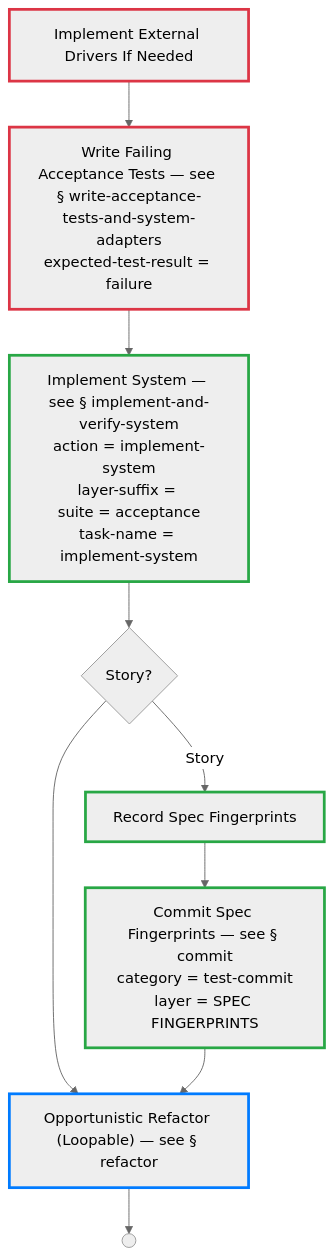
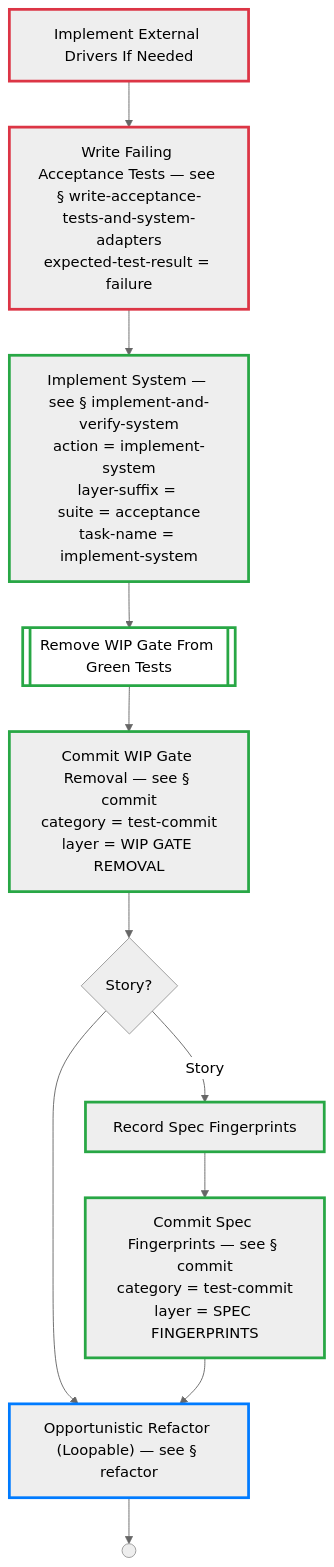
The seventh of 58 diagrams in docs/process-diagram.md (optivem/gh-optivem), drawn with Mermaid (neutral theme) before and after one commit. The commit also changed 2 other files, not shown here.

Commit message:
atdd: regenerate process-flow diagram

````diff
--- a/docs/process-diagram.md
+++ b/docs/process-diagram.md
@@ -171,29 +171,36 @@
 ```mermaid
 flowchart TD
     IMPLEMENT_EXTERNAL_DRIVERS_IF_NEEDED[Implement External Drivers If Needed]
     WRITE_ACCEPTANCE_TESTS_AND_SYSTEM_ADAPTERS["Write Failing Acceptance Tests — see § write-acceptance-tests-and-system-adapters<br/>expected-test-result = failure"]
     IMPLEMENT_AND_VERIFY_SYSTEM["Implement System — see § implement-and-verify-system<br/>action = implement-system<br/>layer-suffix = <br/>suite = acceptance<br/>task-name = implement-system"]
+    REMOVE_WIP_GATE[[Remove WIP Gate From Green Tests]]
+    COMMIT_WIP_GATE_REMOVAL["Commit WIP Gate Removal — see § commit<br/>category = test-commit<br/>layer = WIP GATE REMOVAL"]
     GATE_STORY_SPEC_RECORD{Story?}
     RECORD_SPEC_FINGERPRINTS[Record Spec Fingerprints]
     REFACTOR_OPPORTUNISTICALLY["Opportunistic Refactor (Loopable) — see § refactor"]
     COMMIT_SPEC_FINGERPRINTS["Commit Spec Fingerprints — see § commit<br/>category = test-commit<br/>layer = SPEC FINGERPRINTS"]
     CHANGE_SYSTEM_BEHAVIOR_END(( ))
 
     IMPLEMENT_EXTERNAL_DRIVERS_IF_NEEDED --> WRITE_ACCEPTANCE_TESTS_AND_SYSTEM_ADAPTERS
     WRITE_ACCEPTANCE_TESTS_AND_SYSTEM_ADAPTERS --> IMPLEMENT_AND_VERIFY_SYSTEM
-    IMPLEMENT_AND_VERIFY_SYSTEM --> GATE_STORY_SPEC_RECORD
+    IMPLEMENT_AND_VERIFY_SYSTEM --> REMOVE_WIP_GATE
+    REMOVE_WIP_GATE --> COMMIT_WIP_GATE_REMOVAL
+    COMMIT_WIP_GATE_REMOVAL --> GATE_STORY_SPEC_RECORD
     GATE_STORY_SPEC_RECORD -- Story --> RECORD_SPEC_FINGERPRINTS
     GATE_STORY_SPEC_RECORD --> REFACTOR_OPPORTUNISTICALLY
     RECORD_SPEC_FINGERPRINTS --> COMMIT_SPEC_FINGERPRINTS
     COMMIT_SPEC_FINGERPRINTS --> REFACTOR_OPPORTUNISTICALLY
     REFACTOR_OPPORTUNISTICALLY --> CHANGE_SYSTEM_BEHAVIOR_END
 
+    classDef serviceNode fill:#ffffff,stroke:#000000,stroke-width:1px,color:#000000
+    class REMOVE_WIP_GATE serviceNode
+
     classDef tddRedNode stroke:#dc3545,stroke-width:3px
     class IMPLEMENT_EXTERNAL_DRIVERS_IF_NEEDED,WRITE_ACCEPTANCE_TESTS_AND_SYSTEM_ADAPTERS tddRedNode
 
     classDef tddGreenNode stroke:#28a745,stroke-width:3px
-    class COMMIT_SPEC_FINGERPRINTS,IMPLEMENT_AND_VERIFY_SYSTEM,RECORD_SPEC_FINGERPRINTS tddGreenNode
+    class COMMIT_SPEC_FINGERPRINTS,COMMIT_WIP_GATE_REMOVAL,IMPLEMENT_AND_VERIFY_SYSTEM,RECORD_SPEC_FINGERPRINTS,REMOVE_WIP_GATE tddGreenNode
 
     classDef tddRefactorNode stroke:#007bff,stroke-width:3px
     class REFACTOR_OPPORTUNISTICALLY tddRefactorNode
 ```
````
